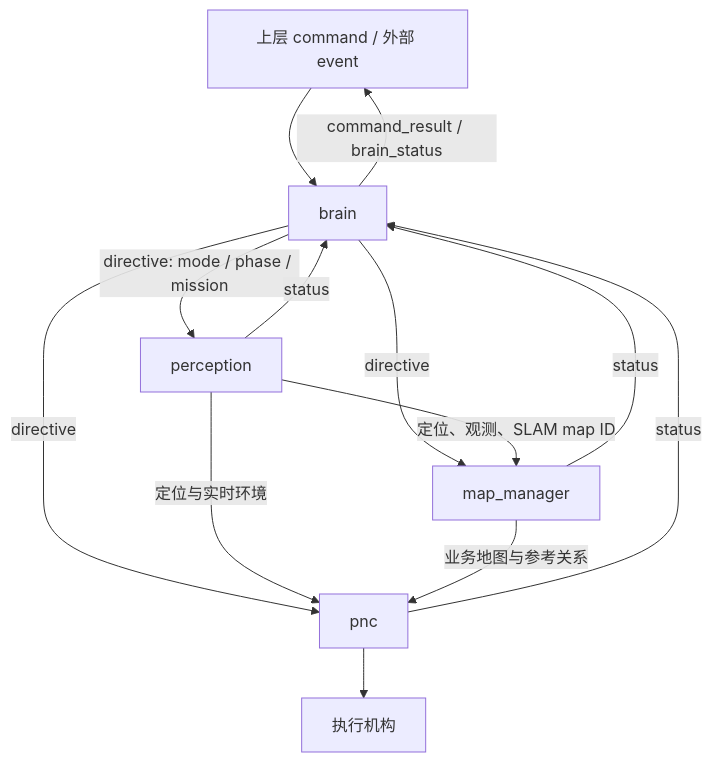
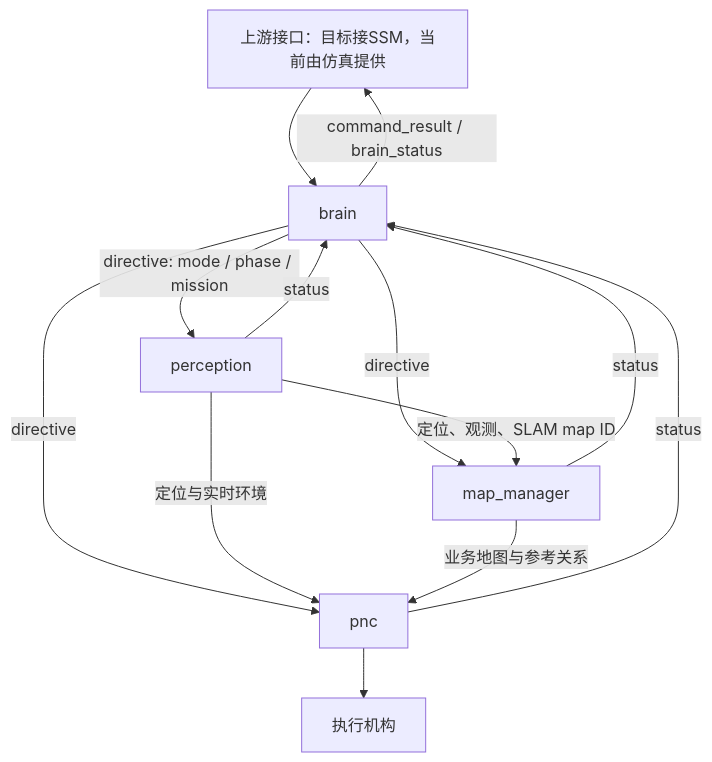
The diagram in README.md (PU-UP/robotic-mower), drawn with Mermaid before and after one commit. The commit also changed other lines of this file and 3 other files, not shown here.

Commit message:
docs: establish roboframe architecture and task capability boundaries

````diff
--- a/README.md
+++ b/README.md
@@ -17,15 +31,15 @@
 ```mermaid
 flowchart TB
-    U[上层 command / 外部 event] --> B[brain]
+    U[上游接口：目标接SSM，当前由仿真提供] --> B[brain]
     B -->|command_result / brain_status| U
     B -->|directive: mode / phase / mission| P[perception]
     B -->|directive| M[map_manager]
     B -->|directive| N[pnc]
     P -->|status| B
     M -->|status| B
     N -->|status| B
     P -->|定位、观测、SLAM map ID| M
     P -->|定位与实时环境| N
     M -->|业务地图与参考关系| N
     N --> A[执行机构]
 ```
````
